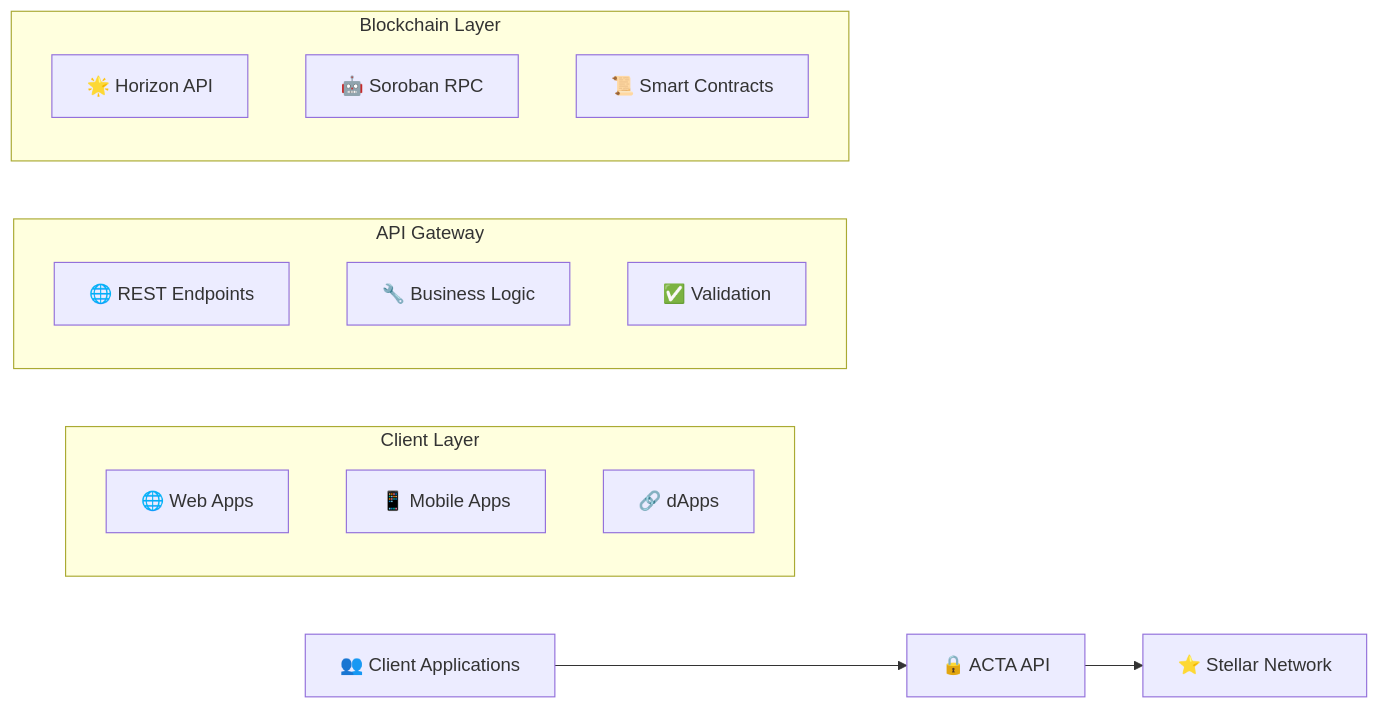
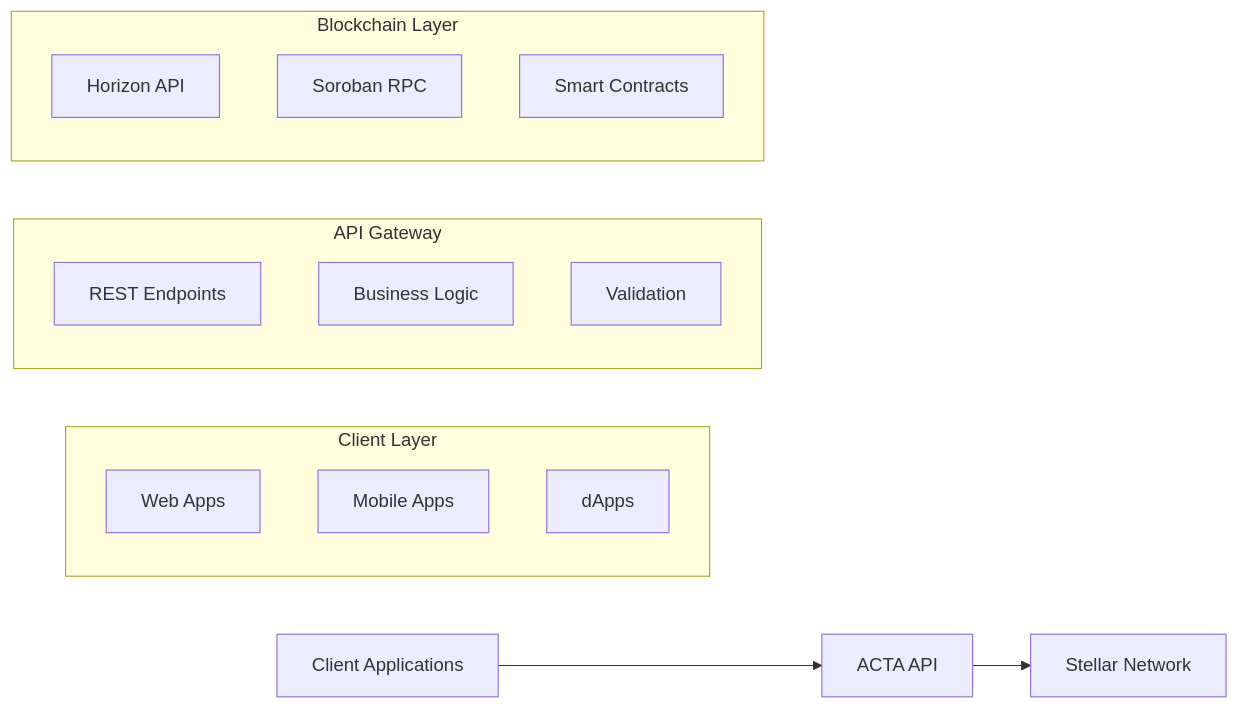
Before and after one commit to ACTA-Team/docs: the diagram in 01-introduction.md, drawn with Mermaid. The commit also changed other lines of this file and 9 other files, not shown here.

````diff
--- a/01-introduction.md
+++ b/01-introduction.md
@@ -30,23 +30,23 @@
 ```mermaid
 graph LR
-    A[👥 Client Applications] --> B[🔒 ACTA API]
-    B --> C[⭐ Stellar Network]
+    A[Client Applications] --> B[ACTA API]
+    B --> C[Stellar Network]
     
     subgraph "Client Layer"
-        A1[🌐 Web Apps]
-        A2[📱 Mobile Apps]
-        A3[🔗 dApps]
+        A1[Web Apps]
+        A2[Mobile Apps]
+        A3[dApps]
     end
     
     subgraph "API Gateway"
-        B1[🌐 REST Endpoints]
-        B2[🔧 Business Logic]
-        B3[✅ Validation]
+        B1[REST Endpoints]
+        B2[Business Logic]
+        B3[Validation]
     end
     
     subgraph "Blockchain Layer"
-        C1[🌟 Horizon API]
-        C2[🤖 Soroban RPC]
-        C3[📜 Smart Contracts]
+        C1[Horizon API]
+        C2[Soroban RPC]
+        C3[Smart Contracts]
     end
 ```
````
